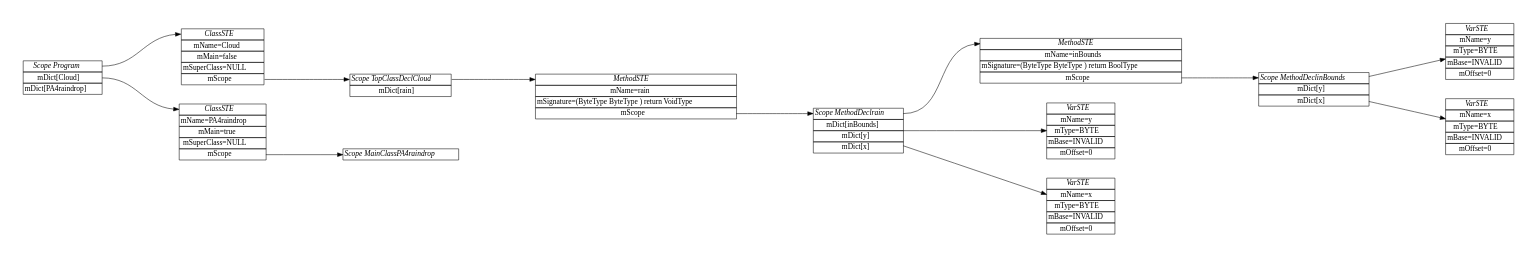
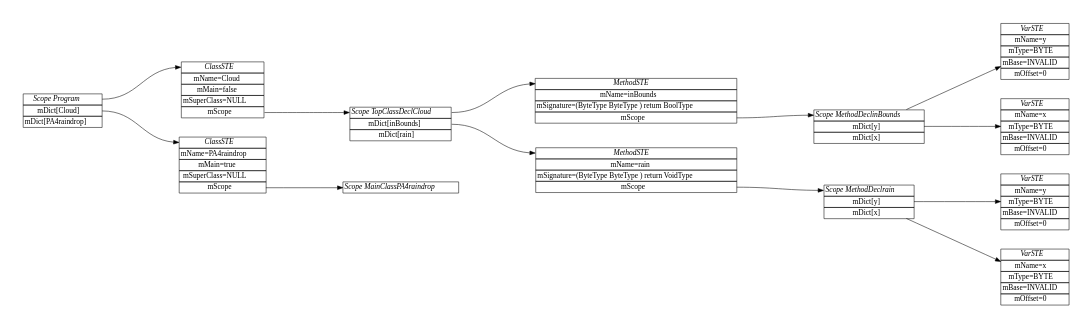
Before and after one commit to MissMeriel/CS4620-Compilers: the diagram in PA4/PA4Tests/PA4raindrop.java.ST.dot, drawn with Graphviz. The commit also changed 94 other files, not shown here.

```diff
--- a/PA4/PA4Tests/PA4raindrop.java.ST.dot
+++ b/PA4/PA4Tests/PA4raindrop.java.ST.dot
@@ -1,113 +1,113 @@
 digraph ASTGraph {
 	graph [pad="0.5", nodesep="0.5", ranksep="2"];
 	node [shape=plain]
 	rankdir=LR;
 MethodDeclinBounds [ label=<
 <table border="0" cellborder="1" cellspacing="0">
 	<tr><td port="MethodDeclinBounds0"><i>Scope MethodDeclinBounds</i></td></tr>
 	<tr><td port="MethodDeclinBounds1">mDict[y]</td></tr>
 	<tr><td port="MethodDeclinBounds2">mDict[x]</td></tr>
 </table>>];
 
 0 [ label=<
 <table border="0" cellborder="1" cellspacing="0">
 	<tr><td port="0"><i>VarSTE</i></td></tr>
 	<tr><td>mName=y</td></tr>
 	<tr><td>mType=BYTE</td></tr>
 	<tr><td>mBase=INVALID</td></tr>
 	<tr><td>mOffset=0</td></tr>
 </table>>];
 MethodDeclinBounds:1 -> 0:1;
 
 1 [ label=<
 <table border="0" cellborder="1" cellspacing="0">
 	<tr><td port="1"><i>VarSTE</i></td></tr>
 	<tr><td>mName=x</td></tr>
 	<tr><td>mType=BYTE</td></tr>
 	<tr><td>mBase=INVALID</td></tr>
 	<tr><td>mOffset=0</td></tr>
 </table>>];
 MethodDeclinBounds:2 -> 1:2;
 MethodDeclrain [ label=<
 <table border="0" cellborder="1" cellspacing="0">
 	<tr><td port="MethodDeclrain0"><i>Scope MethodDeclrain</i></td></tr>
-	<tr><td port="MethodDeclrain1">mDict[inBounds]</td></tr>
-	<tr><td port="MethodDeclrain2">mDict[y]</td></tr>
-	<tr><td port="MethodDeclrain3">mDict[x]</td></tr>
+	<tr><td port="MethodDeclrain1">mDict[y]</td></tr>
+	<tr><td port="MethodDeclrain2">mDict[x]</td></tr>
+</table>>];
+
+2 [ label=<
+<table border="0" cellborder="1" cellspacing="0">
+	<tr><td port="2"><i>VarSTE</i></td></tr>
+	<tr><td>mName=y</td></tr>
+	<tr><td>mType=BYTE</td></tr>
+	<tr><td>mBase=INVALID</td></tr>
+	<tr><td>mOffset=0</td></tr>
+</table>>];
+MethodDeclrain:3 -> 2:3;
+
+3 [ label=<
+<table border="0" cellborder="1" cellspacing="0">
+	<tr><td port="3"><i>VarSTE</i></td></tr>
+	<tr><td>mName=x</td></tr>
+	<tr><td>mType=BYTE</td></tr>
+	<tr><td>mBase=INVALID</td></tr>
+	<tr><td>mOffset=0</td></tr>
+</table>>];
+MethodDeclrain:4 -> 3:4;
+TopClassDeclCloud [ label=<
+<table border="0" cellborder="1" cellspacing="0">
+	<tr><td port="TopClassDeclCloud0"><i>Scope TopClassDeclCloud</i></td></tr>
+	<tr><td port="TopClassDeclCloud1">mDict[inBounds]</td></tr>
+	<tr><td port="TopClassDeclCloud2">mDict[rain]</td></tr>
 </table>>];
 
 inBounds [ label=<
 <table border="0" cellborder="1" cellspacing="0">
 	<tr><td port="inBounds0"><i>MethodSTE</i></td></tr>
 	<tr><td>mName=inBounds</td></tr>
 	<tr><td>mSignature=(ByteType ByteType ) return BoolType</td></tr>
-	<tr><td port="2">mScope</td></tr>
+	<tr><td port="4">mScope</td></tr>
 </table>>];
-MethodDeclrain:MethodDeclrain0 -> inBounds:inBounds0;
-inBounds:2 -> MethodDeclinBounds:MethodDeclinBounds0
-
-3 [ label=<
-<table border="0" cellborder="1" cellspacing="0">
-	<tr><td port="3"><i>VarSTE</i></td></tr>
-	<tr><td>mName=y</td></tr>
-	<tr><td>mType=BYTE</td></tr>
-	<tr><td>mBase=INVALID</td></tr>
-	<tr><td>mOffset=0</td></tr>
-</table>>];
-MethodDeclrain:4 -> 3:4;
-
-4 [ label=<
-<table border="0" cellborder="1" cellspacing="0">
-	<tr><td port="4"><i>VarSTE</i></td></tr>
-	<tr><td>mName=x</td></tr>
-	<tr><td>mType=BYTE</td></tr>
-	<tr><td>mBase=INVALID</td></tr>
-	<tr><td>mOffset=0</td></tr>
-</table>>];
-MethodDeclrain:5 -> 4:5;
-TopClassDeclCloud [ label=<
-<table border="0" cellborder="1" cellspacing="0">
-	<tr><td port="TopClassDeclCloud0"><i>Scope TopClassDeclCloud</i></td></tr>
-	<tr><td port="TopClassDeclCloud1">mDict[rain]</td></tr>
-</table>>];
+TopClassDeclCloud:TopClassDeclCloud0 -> inBounds:inBounds0;
+inBounds:4 -> MethodDeclinBounds:MethodDeclinBounds0
 
 rain [ label=<
 <table border="0" cellborder="1" cellspacing="0">
 	<tr><td port="rain0"><i>MethodSTE</i></td></tr>
 	<tr><td>mName=rain</td></tr>
 	<tr><td>mSignature=(ByteType ByteType ) return VoidType</td></tr>
 	<tr><td port="5">mScope</td></tr>
 </table>>];
-TopClassDeclCloud:TopClassDeclCloud0 -> rain:rain0;
+TopClassDeclCloud:TopClassDeclCloud1 -> rain:rain0;
 rain:5 -> MethodDeclrain:MethodDeclrain0
 MainClassPA4raindrop [ label=<
 <table border="0" cellborder="1" cellspacing="0">
 	<tr><td port="MainClassPA4raindrop0"><i>Scope MainClassPA4raindrop</i></td></tr>
 </table>>];
 Program [ label=<
 <table border="0" cellborder="1" cellspacing="0">
 	<tr><td port="Program0"><i>Scope Program</i></td></tr>
 	<tr><td port="Program1">mDict[Cloud]</td></tr>
 	<tr><td port="Program2">mDict[PA4raindrop]</td></tr>
 </table>>];
 Cloud [ label=<
 <table border="0" cellborder="1" cellspacing="0">
 	<tr><td port="Cloud0"><i>ClassSTE</i></td></tr>
 	<tr><td>mName=Cloud</td></tr>
 	<tr><td>mMain=false</td></tr>
 	<tr><td>mSuperClass=NULL</td></tr>
 	<tr><td port="6">mScope</td></tr>
 </table>>];
 Program:Program0 -> Cloud:Cloud0;
 Cloud:6 -> TopClassDeclCloud:TopClassDeclCloud0
 PA4raindrop [ label=<
 <table border="0" cellborder="1" cellspacing="0">
 	<tr><td port="PA4raindrop1"><i>ClassSTE</i></td></tr>
 	<tr><td>mName=PA4raindrop</td></tr>
 	<tr><td>mMain=true</td></tr>
 	<tr><td>mSuperClass=NULL</td></tr>
 	<tr><td port="7">mScope</td></tr>
 </table>>];
 Program:Program1 -> PA4raindrop:PA4raindrop1;
 PA4raindrop:7 -> MainClassPA4raindrop:MainClassPA4raindrop0
 }
```
